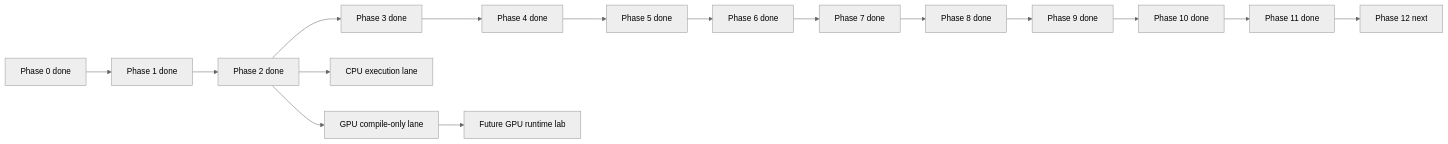
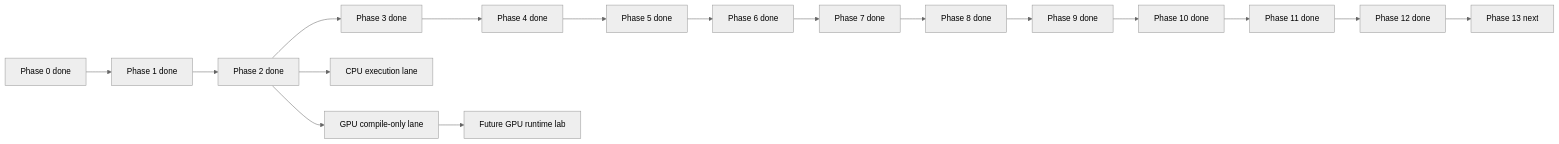
The diagram in murali_docs/Plan_max_internals_learning.md (Murali806/modular), drawn with Mermaid (neutral theme) before and after one commit. The commit also changed other lines of this file and 6 other files, not shown here.

````diff
--- a/murali_docs/Plan_max_internals_learning.md
+++ b/murali_docs/Plan_max_internals_learning.md
@@ -60,11 +61,11 @@
 ```mermaid
 flowchart LR
     P0[Phase 0 done] --> P1[Phase 1 done] --> P2[Phase 2 done]
     P2 --> P3[Phase 3 done] --> P4[Phase 4 done] --> P5[Phase 5 done]
     P5 --> P6[Phase 6 done] --> P7[Phase 7 done] --> P8[Phase 8 done]
     P8 --> P9[Phase 9 done] --> P10[Phase 10 done] --> P11[Phase 11 done]
-    P11 --> P12[Phase 12 next]
+    P11 --> P12[Phase 12 done] --> P13[Phase 13 next]
     P2 --> CPU[CPU execution lane]
     P2 --> VC[GPU compile-only lane]
     VC --> GL[Future GPU runtime lab]
 ```
````
